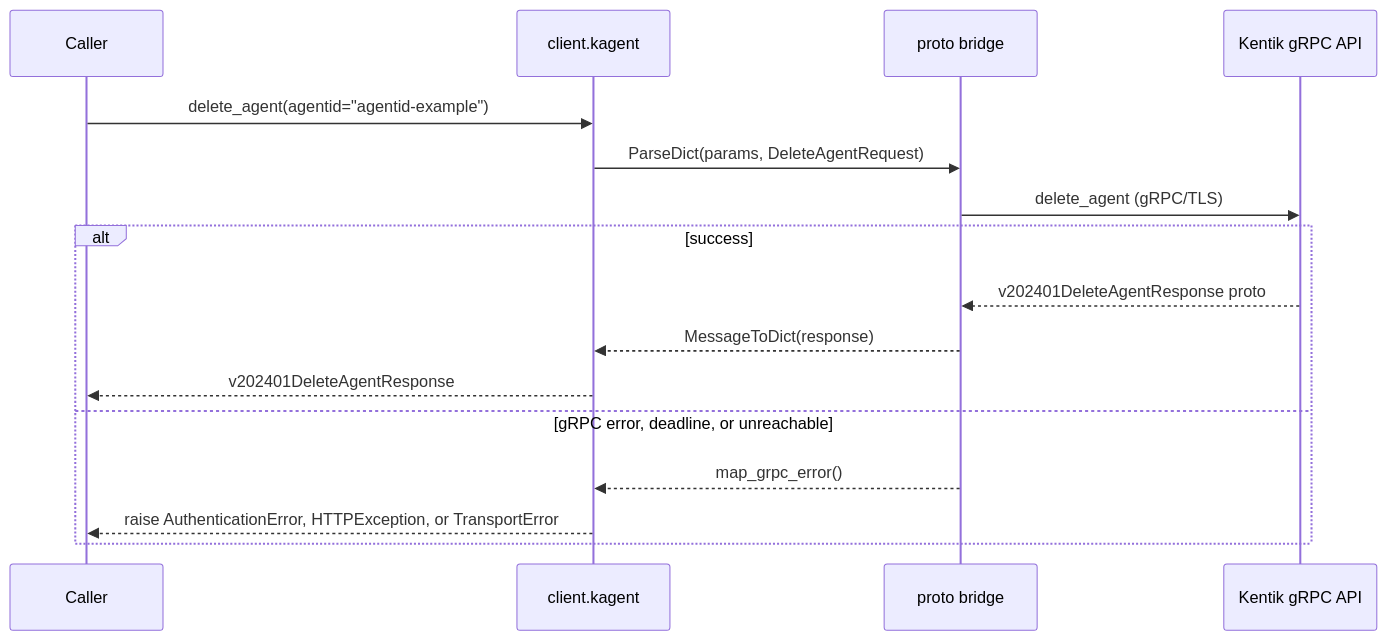
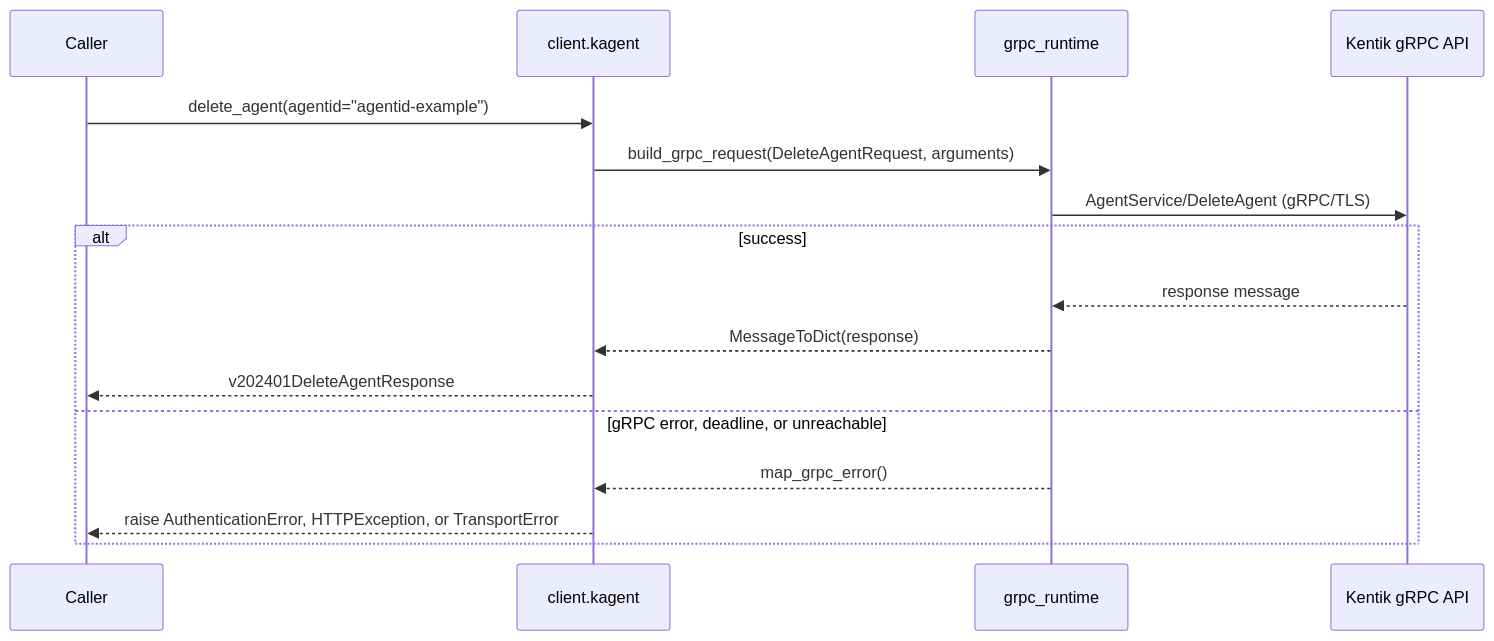
One commit to alexdearaujo/community_sdk_python changed diagram 15 of 58 in docs/sphinx/services/kagent.md. Above: the diagram before and after it, drawn with Mermaid. The commit also changed other lines of this file and 37 other files, not shown here.

First line of the commit message:
docs: show the real RPC in each service page's gRPC diagram

````diff
--- a/docs/sphinx/services/kagent.md
+++ b/docs/sphinx/services/kagent.md
@@ -522,19 +522,19 @@
 ```mermaid
 sequenceDiagram
     participant C as Caller
     participant W as client.kagent
-    participant B as proto bridge
+    participant R as grpc_runtime
     participant API as Kentik gRPC API
 
     C->>W: delete_agent(agentid="agentid-example")
-    W->>B: ParseDict(params, DeleteAgentRequest)
-    B->>API: delete_agent (gRPC/TLS)
+    W->>R: build_grpc_request(DeleteAgentRequest, arguments)
+    R->>API: AgentService/DeleteAgent (gRPC/TLS)
     alt success
-        API-->>B: v202401DeleteAgentResponse proto
-        B-->>W: MessageToDict(response)
+        API-->>R: response message
+        R-->>W: MessageToDict(response)
         W-->>C: v202401DeleteAgentResponse
     else gRPC error, deadline, or unreachable
-        B-->>W: map_grpc_error()
+        R-->>W: map_grpc_error()
         W-->>C: raise AuthenticationError, HTTPException, or TransportError
     end
 ```
````
